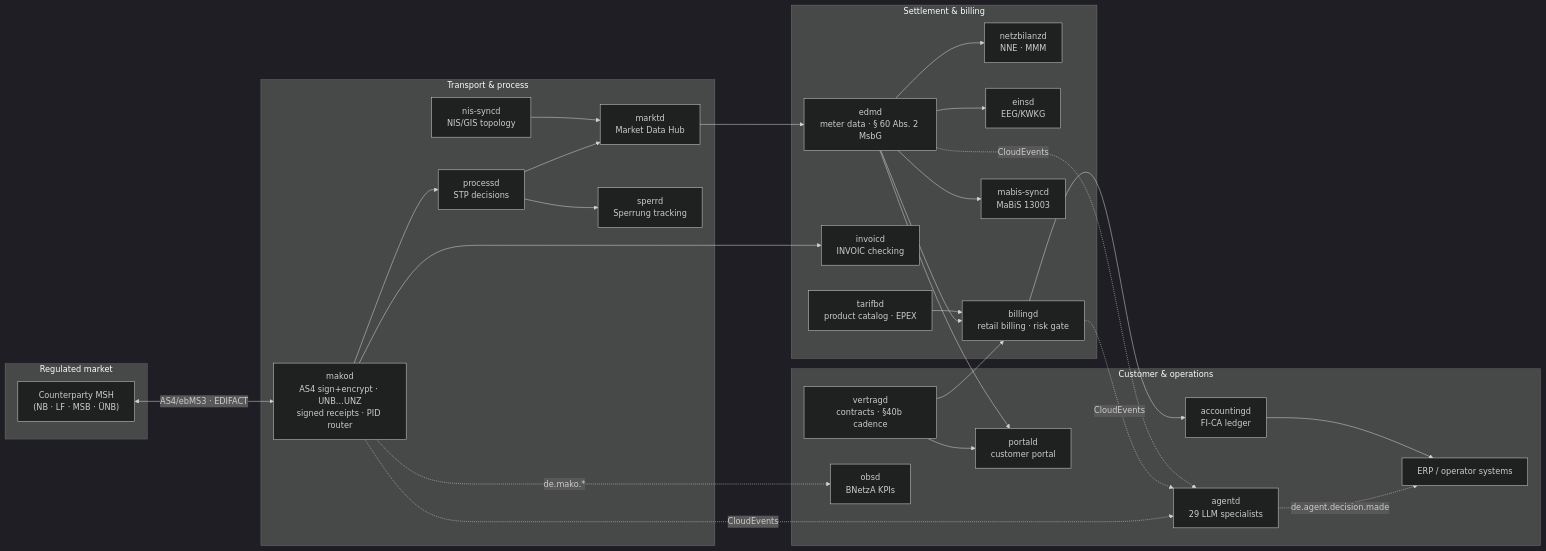
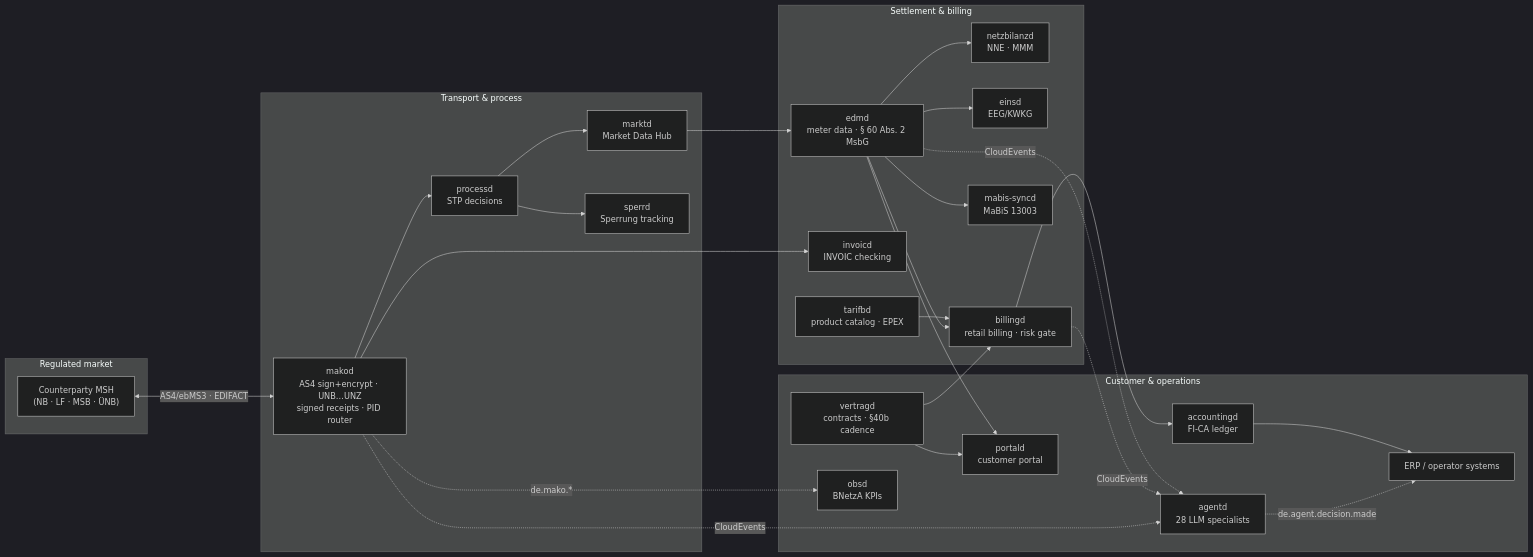
Before and after one commit to hupe1980/mako: the diagram in README.md, drawn with Mermaid (dark theme). The commit also changed other lines of this file and 50 other files, not shown here.

````diff
--- a/README.md
+++ b/README.md
@@ -34,48 +34,46 @@
 ```mermaid
 flowchart LR
     subgraph Market["Regulated market"]
         MP["Counterparty MSH<br/>(NB · LF · MSB · ÜNB)"]
     end
 
     subgraph Transport["Transport & process"]
         MAKOD["makod<br/>AS4 sign+encrypt · UNB…UNZ<br/>signed receipts · PID router"]
         PROCESSD["processd<br/>STP decisions"]
         MARKTD["marktd<br/>Market Data Hub"]
-        NIS["nis-syncd<br/>NIS/GIS topology"]
         SPERRD["sperrd<br/>Sperrung tracking"]
     end
 
     subgraph Settlement["Settlement & billing"]
         EDMD["edmd<br/>meter data · § 60 Abs. 2 MsbG"]
         NETZB["netzbilanzd<br/>NNE · MMM"]
         EINSD["einsd<br/>EEG/KWKG"]
         BILLINGD["billingd<br/>retail billing · risk gate"]
         INVOICD["invoicd<br/>INVOIC checking"]
         MABIS["mabis-syncd<br/>MaBiS 13003"]
         TARIFBD["tarifbd<br/>product catalog · EPEX"]
     end
 
     subgraph Business["Customer & operations"]
         VERTRAGD["vertragd<br/>contracts · §40b cadence"]
         ACCOUNTINGD["accountingd<br/>FI-CA ledger"]
         PORTALD["portald<br/>customer portal"]
         OBSD["obsd<br/>BNetzA KPIs"]
-        AGENTD["agentd<br/>29 LLM specialists"]
+        AGENTD["agentd<br/>28 LLM specialists"]
         ERP["ERP / operator systems"]
     end
 
     MP <-->|"AS4/ebMS3 · EDIFACT"| MAKOD
     MAKOD --> PROCESSD --> MARKTD
-    NIS --> MARKTD
     MARKTD --> EDMD --> NETZB & EINSD & BILLINGD & MABIS
     MAKOD --> INVOICD
     TARIFBD --> BILLINGD
     BILLINGD --> ACCOUNTINGD
     VERTRAGD --> BILLINGD
     PROCESSD --> SPERRD
     EDMD & VERTRAGD --> PORTALD
     MAKOD -.->|"de.mako.*"| OBSD
     MAKOD & BILLINGD & EDMD -.->|"CloudEvents"| AGENTD
     AGENTD -.->|"de.agent.decision.made"| ERP
     ACCOUNTINGD --> ERP
 ```
````
